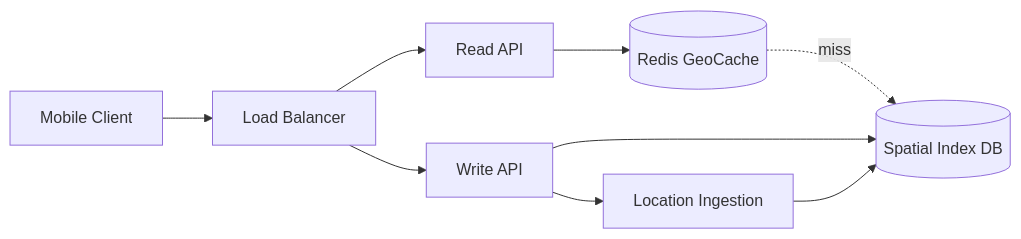
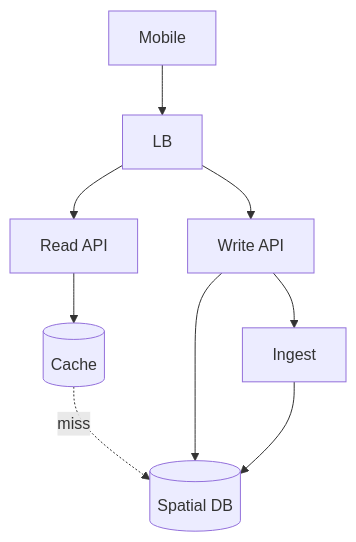
The diagram in site/content/designs/proximity-service.md (huangsam/systology), drawn with Mermaid before and after one commit. The commit also changed 4 other files, not shown here.

Commit message:
Enhance mermaid diagrams for new content

```diff
--- a/site/content/designs/proximity-service.md
+++ b/site/content/designs/proximity-service.md
@@ -23,11 +23,11 @@
 {{< mermaid >}}
-graph LR
-  Mobile[Mobile Client] --> LB[Load Balancer]
-  LB --> ReadAPI[Read API]
-  LB --> WriteAPI[Write API]
-  ReadAPI --> Cache[(Redis GeoCache)]
-  Cache -.->|miss| SpatialDB[(Spatial Index DB)]
-  WriteAPI --> SpatialDB
-  WriteAPI --> Ingest[Location Ingestion]
-  Ingest --> SpatialDB
+graph TD
+  Mobile --> LB
+  LB --> Read[Read API]
+  LB --> Write[Write API]
+  Read --> Cache[(Cache)]
+  Cache -.->|miss| Spatial[(Spatial DB)]
+  Write --> Spatial
+  Write --> Ingest
+  Ingest --> Spatial
 {{< /mermaid >}}
```
